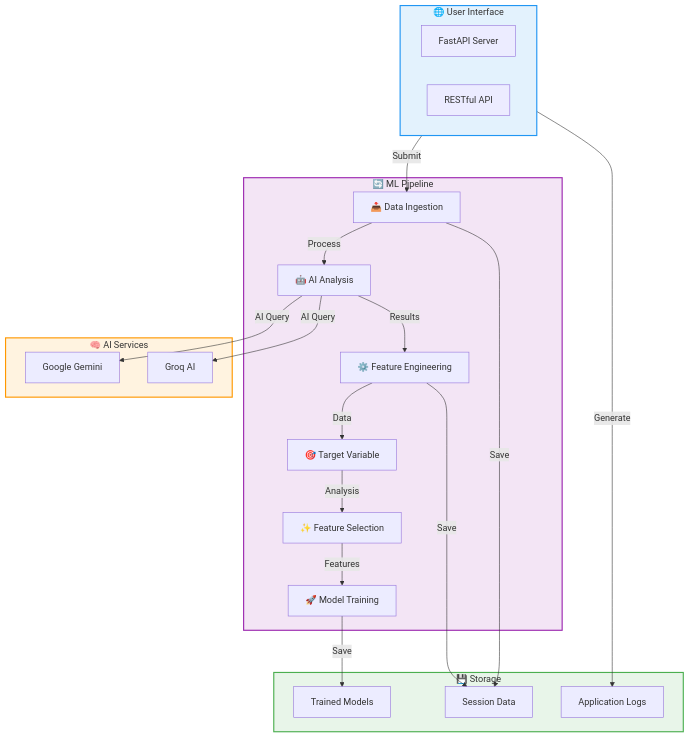
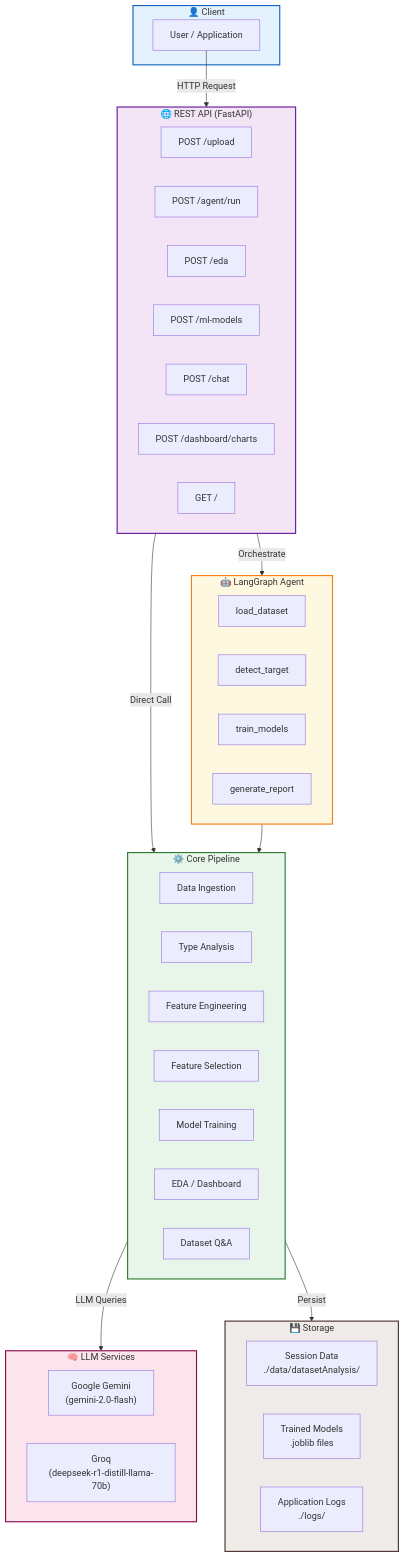
Before and after one commit to Mayuresh-Bairagi/automl: the first of 4 diagrams in README.md, drawn with Mermaid. The commit also changed other lines of this file, not shown here.

````diff
--- a/README.md
+++ b/README.md
@@ -163,46 +114,58 @@
 ```mermaid
 flowchart TB
-    subgraph Interface["🌐 User Interface"]
-        WEB["FastAPI Server"]
-        API["RESTful API"]
+    subgraph Client["👤 Client"]
+        U["User / Application"]
     end
-    
-    subgraph Pipeline["🔄 ML Pipeline"]
-        IN["📥 Data Ingestion"]
-        ANAL["🤖 AI Analysis"]
-        ENG["⚙️ Feature Engineering"]
-        TGT["🎯 Target Variable"]
-        SEL["✨ Feature Selection"]
-        TRAIN["🚀 Model Training"]
+
+    subgraph API["🌐 REST API  (FastAPI)"]
+        EP1["POST /upload"]
+        EP2["POST /agent/run"]
+        EP3["POST /eda"]
+        EP4["POST /ml-models"]
+        EP5["POST /chat"]
+        EP6["POST /dashboard/charts"]
+        EP7["GET  /"]
     end
-    
-    subgraph AI["🧠 AI Services"]
-        GM["Google Gemini"]
-        GQ["Groq AI"]
+
+    subgraph Agent["🤖 LangGraph Agent"]
+        N1["load_dataset"]
+        N2["detect_target"]
+        N3["train_models"]
+        N4["generate_report"]
     end
-    
+
+    subgraph Core["⚙️ Core Pipeline"]
+        C1["Data Ingestion"]
+        C2["Type Analysis"]
+        C3["Feature Engineering"]
+        C4["Feature Selection"]
+        C5["Model Training"]
+        C6["EDA / Dashboard"]
+        C7["Dataset Q&A"]
+    end
+
+    subgraph LLM["🧠 LLM Services"]
+        L1["Google Gemini\n(gemini-2.0-flash)"]
+        L2["Groq\n(deepseek-r1-distill-llama-70b)"]
+    end
+
     subgraph Storage["💾 Storage"]
-        DATA["Session Data"]
-        MODELS["Trained Models"]
-        LOGS["Application Logs"]
+        S1["Session Data\n./data/datasetAnalysis/"]
+        S2["Trained Models\n.joblib files"]
+        S3["Application Logs\n./logs/"]
     end
-    
-    Interface -->|Submit| IN
-    IN -->|Process| ANAL
-    ANAL -->|AI Query| GM
-    ANAL -->|AI Query| GQ
-    ANAL -->|Results| ENG
-    ENG -->|Data| TGT
-    TGT -->|Analysis| SEL
-    SEL -->|Features| TRAIN
-    
-    IN -->|Save| DATA
-    ENG -->|Save| DATA
-    TRAIN -->|Save| MODELS
-    Interface -->|Generate| LOGS
-    
-    style Interface fill:#e3f2fd,stroke:#2196f3,stroke-width:2px
-    style Pipeline fill:#f3e5f5,stroke:#9c27b0,stroke-width:2px
-    style AI fill:#fff3e0,stroke:#ff9800,stroke-width:2px
-    style Storage fill:#e8f5e9,stroke:#4caf50,stroke-width:2px
+
+    U -->|HTTP Request| API
+    API -->|Orchestrate| Agent
+    API -->|Direct Call| Core
+    Agent --> Core
+    Core -->|LLM Queries| LLM
+    Core -->|Persist| Storage
+
+    style Client fill:#e3f2fd,stroke:#1565c0,stroke-width:2px
+    style API fill:#f3e5f5,stroke:#6a1b9a,stroke-width:2px
+    style Agent fill:#fff8e1,stroke:#f57f17,stroke-width:2px
+    style Core fill:#e8f5e9,stroke:#2e7d32,stroke-width:2px
+    style LLM fill:#fce4ec,stroke:#880e4f,stroke-width:2px
+    style Storage fill:#efebe9,stroke:#4e342e,stroke-width:2px
 ```
````
